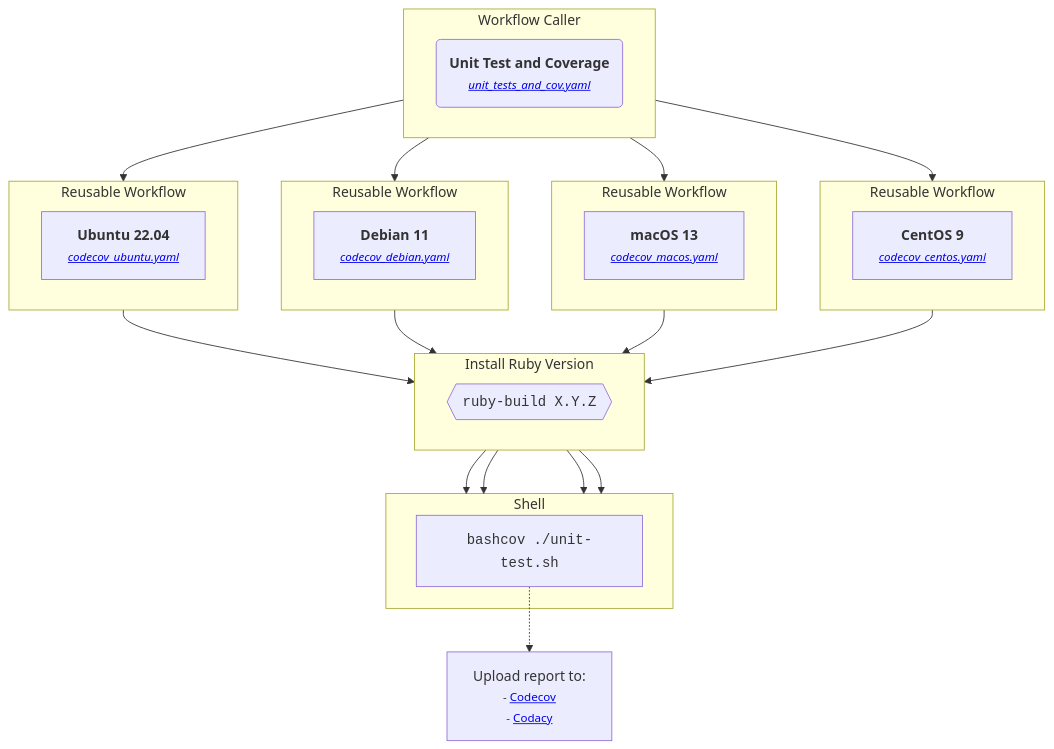
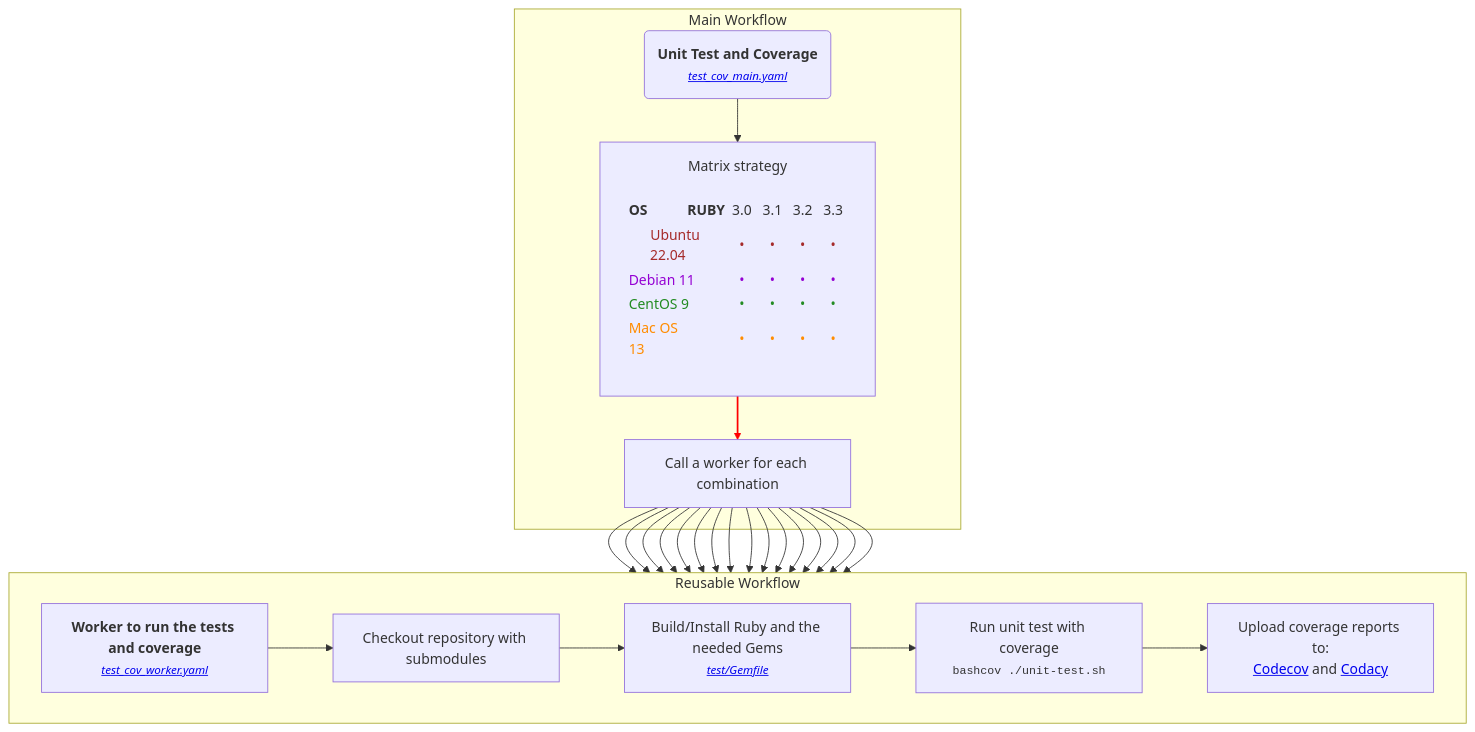
Before and after one commit to jmrplens/Cloudflare-DNS-Updater: the diagram in README.md, drawn with Mermaid.

Commit message:
Update diagram

````diff
--- a/README.md
+++ b/README.md
@@ -354,55 +354,45 @@
 ```mermaid
 %%{
   init: {
     "fontFamily": "monospace",
-    "flowchart": {},
+    "flowchart": {
+      "htmlLabels": true
+    },
     "sequence": {}
   }
 }%%
 
 flowchart TD
-subgraph WC[Workflow Caller]
-    A(<b>Unit Test and Coverage</b>\n <i><small><a href='https://github.com/jmrplens/DynDNS_Cloudflare_IPv4-6/blob/main/.github/workflows/unit_tests_and_cov.yaml'>unit_tests_and_cov.yaml</a></small></i>)
-end
-
-subgraph WU[Reusable Workflow]
-
-    E[<b>Ubuntu 22.04</b>\n<i><small><a href='https://github.com/jmrplens/DynDNS_Cloudflare_IPv4-6/blob/main/.github/workflows/codecov_ubuntu.yaml'>codecov_ubuntu.yaml</a></small></i>]
+subgraph WC[Main Workflow]
+    A(<b>Unit Test and Coverage</b>\n <i><small><a href='https://github.com/jmrplens/DynDNS_Cloudflare_IPv4-6/blob/main/.github/workflows/test_cov_main.yaml'>test_cov_main.yaml</a></small></i>)
+    A --> B[Matrix strategy\n\n<table><tr><td align='left'><b>OS&nbsp&nbsp&nbsp&nbsp&nbsp&nbsp&nbsp&nbsp&nbsp&nbsp&nbspRUBY</b></td><td>&nbsp3.0&nbsp</td><td style='background-color:'>&nbsp3.1&nbsp</td><td>&nbsp3.2&nbsp</td><td>&nbsp3.3&nbsp</td></tr><tr style='color:brown'><td>Ubuntu 22.04&nbsp&nbsp&nbsp&nbsp&nbsp</td><td>&#x2022</td><td>&#x2022</td><td>&#x2022</td><td>&#x2022</td></tr><tr style='color:darkviolet'><td align='left'>Debian 11&nbsp&nbsp&nbsp&nbsp&nbsp&nbsp&nbsp&nbsp</td><td>&#x2022</td><td>&#x2022</td><td>&#x2022</td><td>&#x2022</td></tr><tr style='color:forestgreen'><td align='left'>CentOS 9&nbsp&nbsp&nbsp&nbsp&nbsp&nbsp&nbsp&nbsp&nbsp</td><td>&#x2022</td><td>&#x2022</td><td>&#x2022</td><td>&#x2022</td></tr><tr style='color:darkorange'><td align='left'>Mac OS 13&nbsp&nbsp&nbsp&nbsp&nbsp&nbsp&nbsp&nbsp</td><td>&#x2022</td><td>&#x2022</td><td>&#x2022</td><td>&#x2022</td></tr></table>\n]
+    B ==>C[Call a worker for each combination]
+    linkStyle 1 stroke-width:2px,stroke:red;
 
 end
 
-subgraph WD[Reusable Workflow]
-    F[<b>Debian 11</b>\n<i><small><a href='https://github.com/jmrplens/DynDNS_Cloudflare_IPv4-6/blob/main/.github/workflows/codecov_debian.yaml'>codecov_debian.yaml</a></small></i>]
-end
+C -->WU
+C -->WU
+C -->WU
+C -->WU
+C -->WU
+C -->WU
+C -->WU
+C -->WU
+C -->WU
+C -->WU
+C -->WU
+C -->WU
+C -->WU
+C -->WU
+C -->WU
+C -->WU
 
-subgraph WM[Reusable Workflow]
-    G[<b>macOS 13</b>\n<i><small><a href='https://github.com/jmrplens/DynDNS_Cloudflare_IPv4-6/blob/main/.github/workflows/codecov_macos.yaml'>codecov_macos.yaml</a></small></i>]
-end
-
-subgraph WRC[Reusable Workflow]
-    H[<b>CentOS 9</b>\n<i><small><a href='https://github.com/jmrplens/DynDNS_Cloudflare_IPv4-6/blob/main/.github/workflows/codecov_centos.yaml'>codecov_centos.yaml</a></small></i>]
-end
-
-Co -.-> Ur[Upload report to:\n<small>- <a href='https://app.codecov.io/github/jmrplens/DynDNS_Cloudflare_IPv4-6/flags'>Codecov</a>\n- <a href='https://app.codacy.com/gh/jmrplens/DynDNS_Cloudflare_IPv4-6/dashboard?utm_source=gh&utm_medium=referral&utm_content=&utm_campaign=Badge_coverage'>Codacy</a></small> ]
-WC --> WU
-WC --> WD
-WC --> WM
-WC --> WRC
-
-subgraph Rb[Install Ruby Version]
-    Rbb{{<code>ruby-build X.Y.Z</code>}}
-end
-WU --> Rb
-WD --> Rb
-WM --> Rb
-WRC --> Rb
-
-Rb --> Sh
-Rb --> Sh
-Rb --> Sh
-Rb --> Sh
-
-subgraph Sh[Shell]
-    Co[<code>bashcov ./unit-test.sh</code>]
+subgraph WU[Reusable Workflow]
+    D[<b>Worker to run the tests and coverage</b>\n<i><small><a href='https://github.com/jmrplens/DynDNS_Cloudflare_IPv4-6/blob/main/.github/workflows/test_cov_worker.yaml'>test_cov_worker.yaml</a></small></i>]
+    D --> E[Checkout repository with submodules]
+    E --> F[Build/Install Ruby and the needed Gems\n<i><small><a href='https://github.com/jmrplens/DynDNS_Cloudflare_IPv4-6/blob/main/test/Gemfile'>test/Gemfile</a></small></i>]
+    F --> G[Run unit test with coverage\n<small><code>bashcov ./unit-test.sh</code></small>]
+    G --> H[Upload coverage reports to:\n<a href='https://app.codecov.io/github/jmrplens/DynDNS_Cloudflare_IPv4-6'>Codecov</a> and <a href='https://app.codacy.com/gh/jmrplens/DynDNS_Cloudflare_IPv4-6/dashboard'>Codacy</a>]
 end
 ```
````
